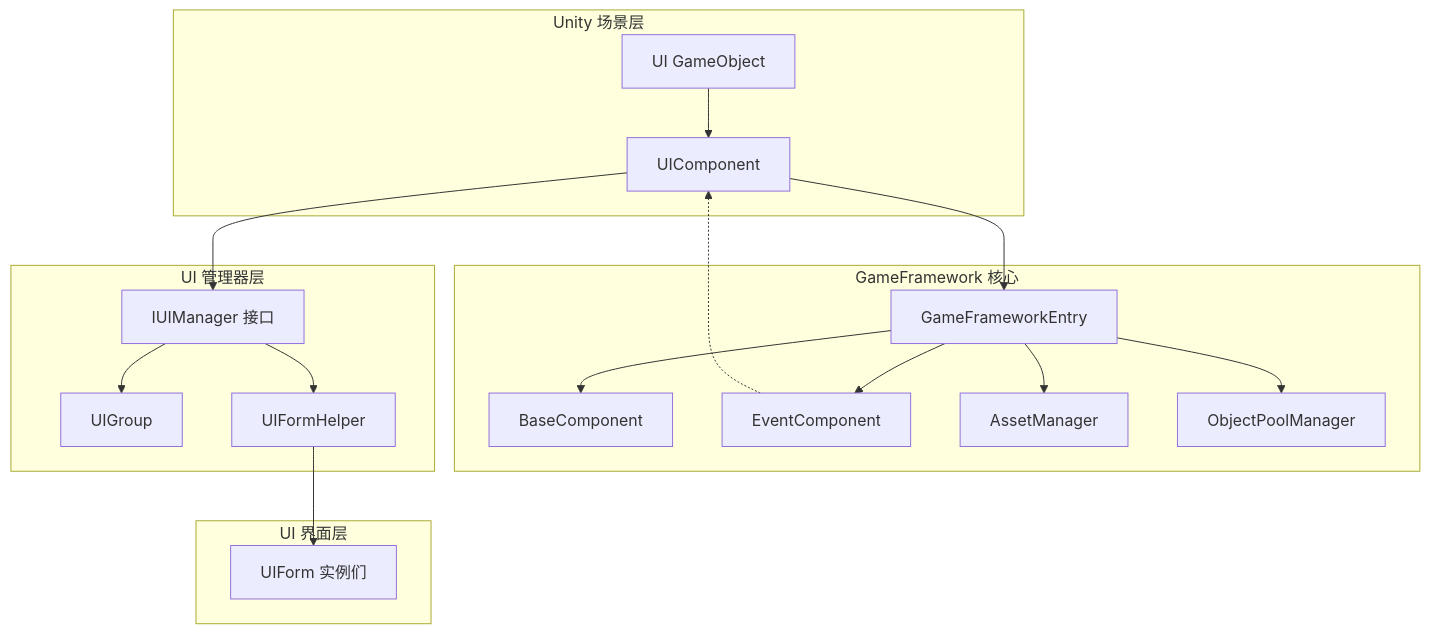
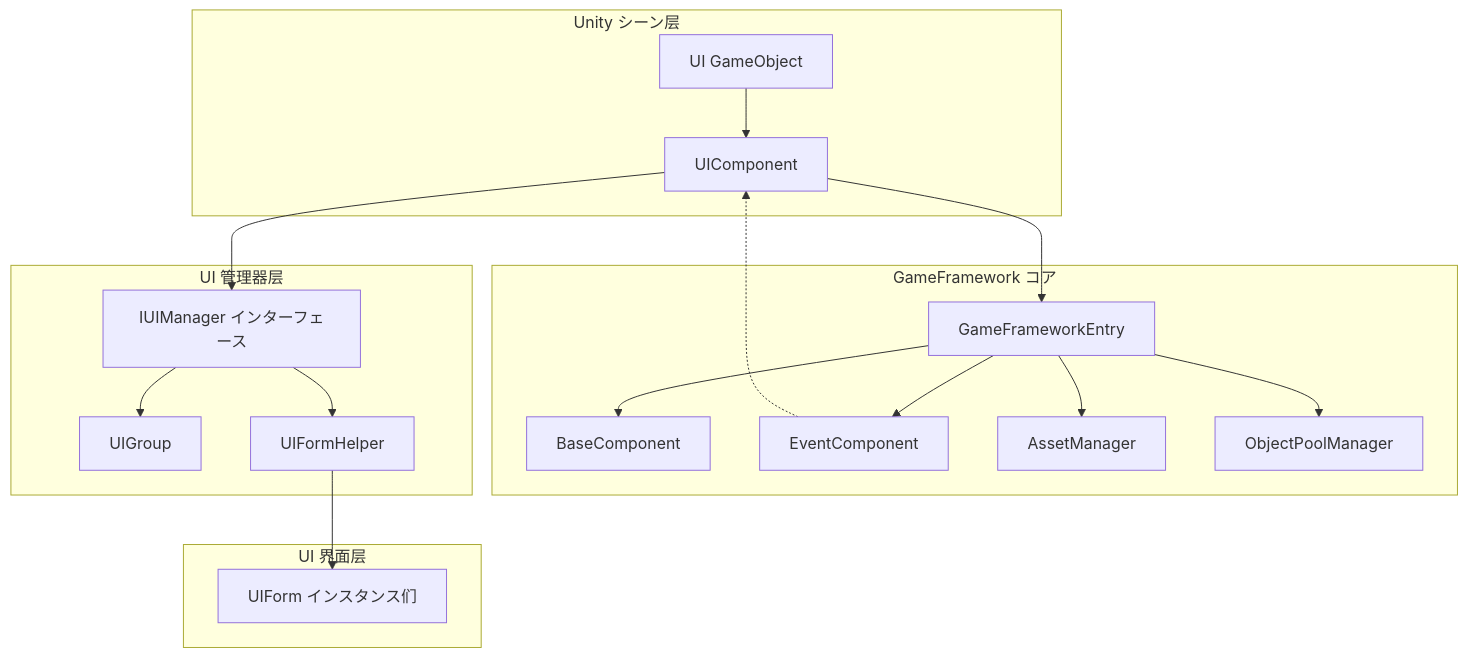
Before and after one commit to AlianBlank/GameFrameX.Docs: the first of 2 diagrams in docs/ja/client/unity/component/ui/11.ui-component-api.md, drawn with Mermaid. The commit also changed other lines of this file and 603 other files, not shown here.

````diff
--- a/docs/ja/client/unity/component/ui/11.ui-component-api.md
+++ b/docs/ja/client/unity/component/ui/11.ui-component-api.md
@@ -21,37 +21,37 @@
 ```mermaid
 graph TD
-    subgraph Unity["Unity 场景层"]
+    subgraph Unity["Unity シーン层"]
         GameObject[UI GameObject]
         UC[UIComponent]
     end
     
-    subgraph Core["GameFramework 核心"]
+    subgraph Core["GameFramework コア"]
         GFEntry[GameFrameworkEntry]
         BM[BaseComponent]
         EM[EventComponent]
         AM[AssetManager]
         OPM[ObjectPoolManager]
     end
     
     subgraph UIManager["UI 管理器层"]
-        IUIM[IUIManager 接口]
+        IUIM[IUIManager インターフェース]
         UIGF[UIGroup]
         UIH[UIFormHelper]
     end
     
     subgraph UIForms["UI 界面层"]
-        Forms[UIForm 实例们]
+        Forms[UIForm インスタンス们]
     end
     
     GameObject --> UC
     UC --> GFEntry
     GFEntry --> BM
     GFEntry --> EM
     GFEntry --> AM
     GFEntry --> OPM
     UC --> IUIM
     IUIM --> UIGF
     IUIM --> UIH
     UIH --> Forms
     EM -.-> UC
 ```
````
